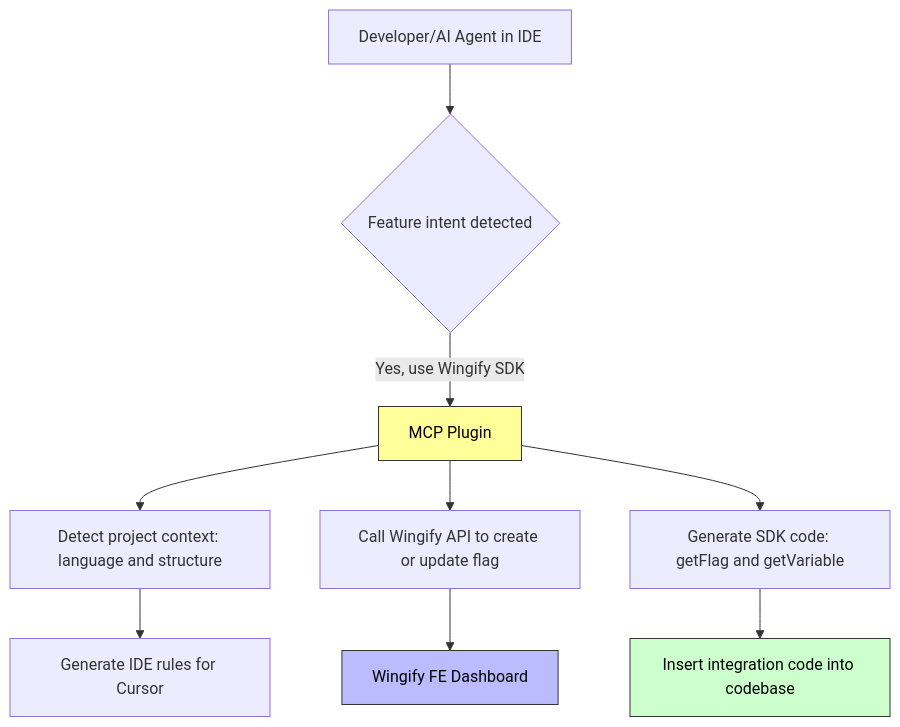
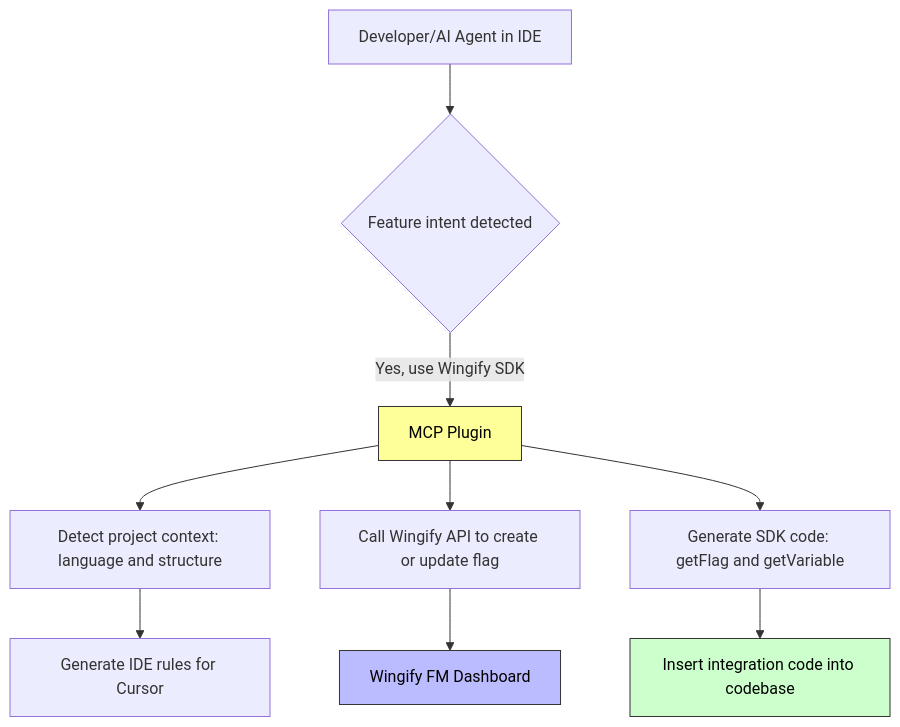
The diagram in docs/Integrations/fme-ai-integrations/fme-mcp-server.md (wingify/readme-central), drawn with Mermaid before and after one commit. The commit also changed other lines of this file and 192 other files, not shown here.

````diff
--- a/docs/Integrations/fme-ai-integrations/fme-mcp-server.md
+++ b/docs/Integrations/fme-ai-integrations/fme-mcp-server.md
@@ -212,26 +212,26 @@
 ```mermaid
 graph TD
     A[Developer/AI Agent in IDE] --> B{Feature intent detected}
     B -->|Yes, use Wingify SDK| C[MCP Plugin]
 
     C --> D[Detect project context: language and structure]
     D --> E[Generate IDE rules for Cursor]
 
     C --> F[Call Wingify API to create or update flag]
-    F --> G[Wingify FE Dashboard]
+    F --> G[Wingify FM Dashboard]
 
     C --> H[Generate SDK code: getFlag and getVariable]
     H --> I[Insert integration code into codebase]
 
     %% Assign classes
 
     class C project
     class G dashboard
     class I code
 
     %% Define styles
     classDef project fill:#ff9,stroke:#333,stroke-width:1px,color:#000
     classDef dashboard fill:#bbf,stroke:#333,stroke-width:1px,color:#000
     classDef code fill:#cfc,stroke:#333,stroke-width:1px,color:#000
 
 ```
````
